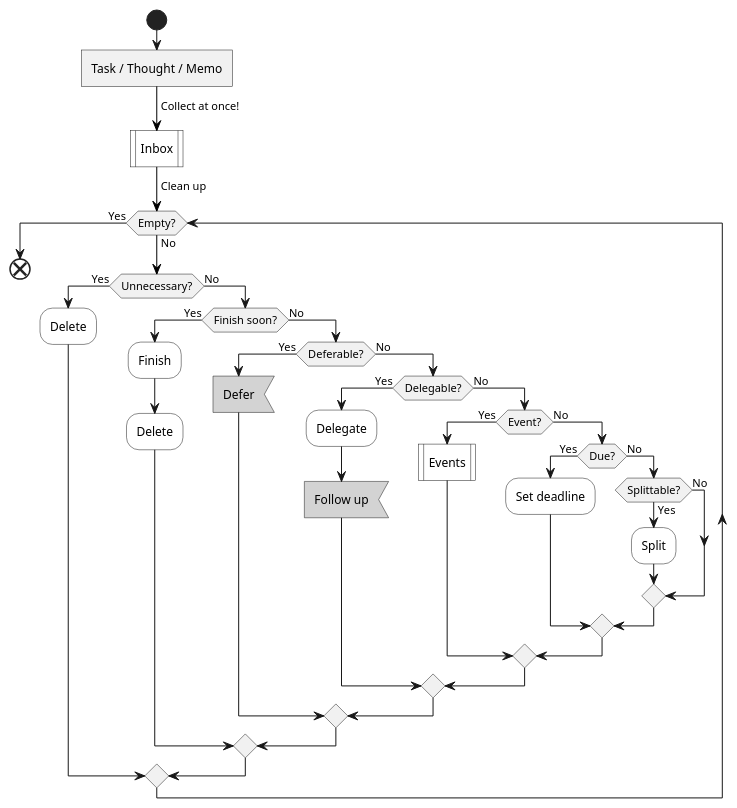
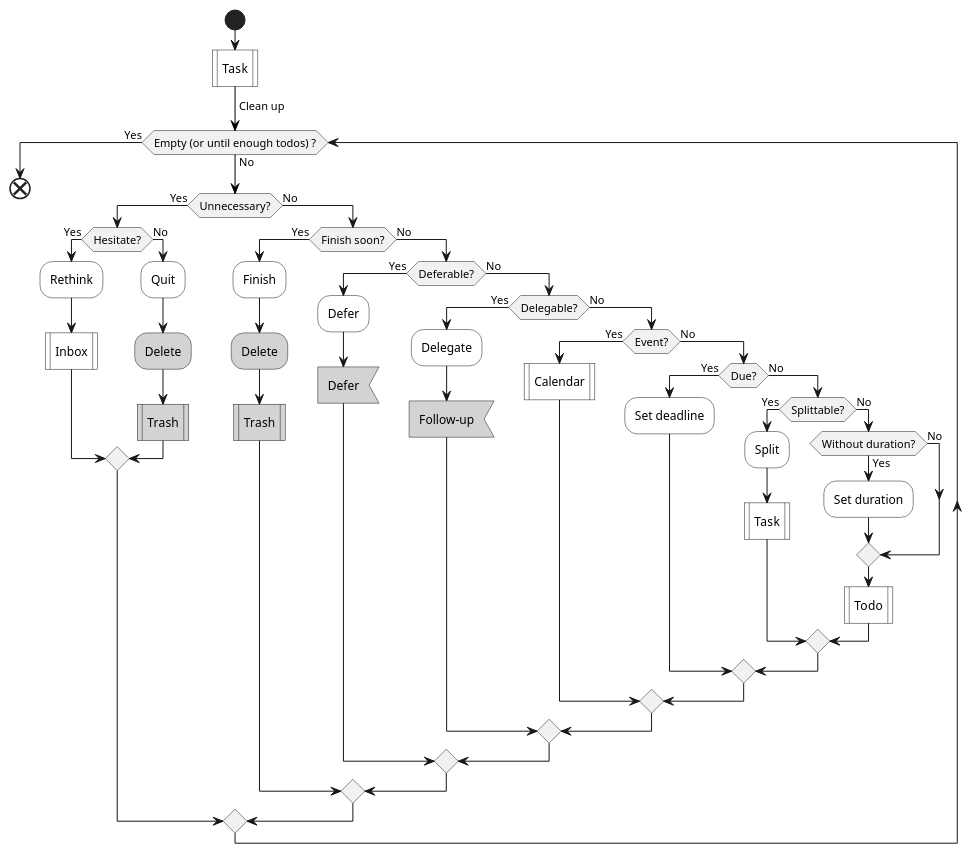
One commit to IceHe/icehe-lib changed the second of 4 diagrams in lifelogs/rehabilitation.md. Above: the diagram before and after it, drawn with PlantUML. The commit also changed other lines of this file, not shown here.

````diff
--- a/lifelogs/rehabilitation.md
+++ b/lifelogs/rehabilitation.md
@@ -187,53 +235,57 @@
 ```plantuml
 @startuml
 start
-:Task / Thought / Memo]
--[#black]-> Collect at once!;
-#white:Inbox|
+#white:Task|
 -[#black]-> Clean up;
-while (Empty?) is (No)
+while (Empty (or until enough todos) ?) is (No)
     if (Unnecessary?) then (Yes)
-        #white:Delete;
-        '#white:Quit;
-        '#white:Trash|
+        if (Hesitate?) then (Yes)
+            #white:Rethink;
+            #white:Inbox|
+        else (No)
+            #white:Quit;
+            #lightGray:Delete;
+            #lightGray:Trash|
+        endif
     else (No)
         if (Finish soon?) then (Yes)
             #white:Finish;
-            #white:Delete;
-            '#white:Done|
+            #lightGray:Delete;
+            #lightGray:Trash|
         else (No)
             if (Deferable?) then (Yes)
-                '#white:Defer;
+                #white:Defer;
                 #lightGray:Defer<
             else (No)
                 if (Delegable?) then (Yes)
                     #white:Delegate;
-                    #lightGray:Follow up<
+                    #lightGray:Follow-up<
                 else (No)
                     if (Event?) then (Yes)
-                        #white:Events|
+                        #white:Calendar|
+                        '#white:Events|
                     else (No)
                         if (Due?) then (Yes)
                             #white:Set deadline;
                         else (No)
                             if (Splittable?) then (Yes)
                                 #white:Split;
                                 'note right : SMART 法则
-                                '#white:Inbox|
+                                #white:Task|
                             else (No)
+                                if (Without duration?) then (Yes)
+                                    #white:Set duration;
+                                else (No)
+                                endif
+                                #white:Todo|
                             endif
-                            'if (Without priority?) then (Yes)
-                            '    #white:Prioritize;
-                            '    #white:Sort by priority;
-                            'else (No)
-                            'endif
                         endif
                     endif
                 endif
             endif
         endif
     endif
 endwhile (Yes)
 end
 @enduml
 ```
````
